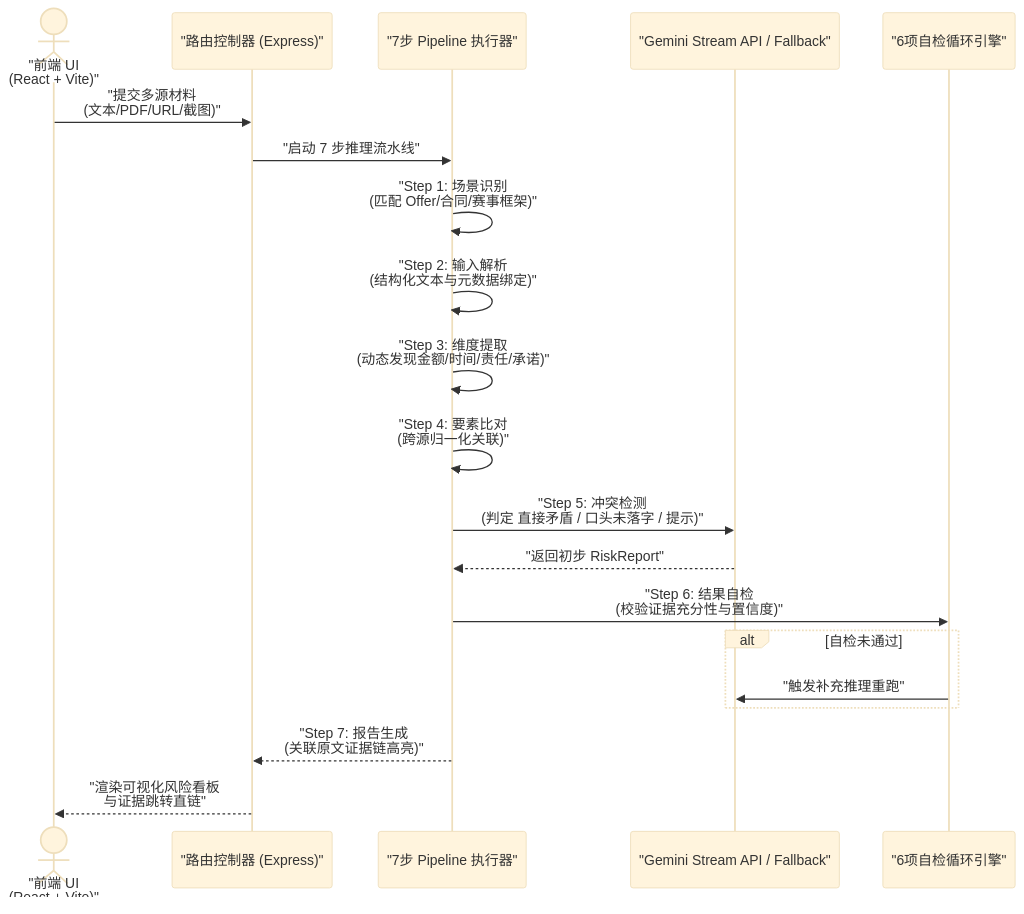
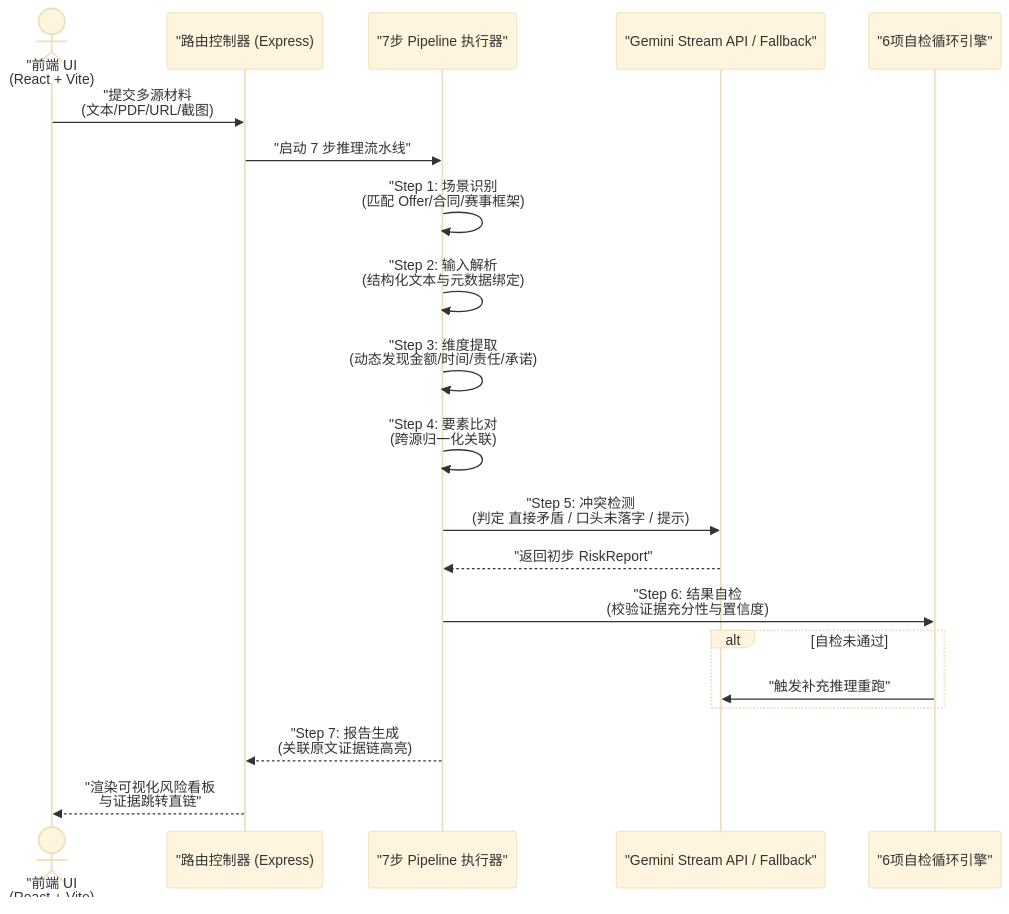
Before and after one commit to MeiSiristhebest/youju: the second of 3 diagrams in README.md, drawn with Mermaid (base theme). The commit also changed 1 other file, not shown here.

Commit message:
docs(readme): optimize zh + en versions; fix Mermaid, badges, TOC, add Security & Contributing chapters (readme-writer SOP)

````diff
--- a/README.md
+++ b/README.md
@@ -73,23 +73,23 @@
 ```mermaid
 sequenceDiagram
-    actor Client as "前端 UI<br/>(React + Vite)"
-    participant Server as "路由控制器 (Express)"
+    actor Client as "前端 UI<br/>(React + Vite)
+    participant Server as "路由控制器 (Express)
     participant Pipeline as "7步 Pipeline 执行器"
     participant Gemini as "Gemini Stream API / Fallback"
     participant Verifier as "6项自检循环引擎"
 
-    Client->>Server: "提交多源材料<br/>(文本/PDF/URL/截图)"
+    Client->>Server: "提交多源材料<br/>(文本/PDF/URL/截图)
     Server->>Pipeline: "启动 7 步推理流水线"
-    Pipeline->>Pipeline: "Step 1: 场景识别<br/>(匹配 Offer/合同/赛事框架)"
-    Pipeline->>Pipeline: "Step 2: 输入解析<br/>(结构化文本与元数据绑定)"
-    Pipeline->>Pipeline: "Step 3: 维度提取<br/>(动态发现金额/时间/责任/承诺)"
-    Pipeline->>Pipeline: "Step 4: 要素比对<br/>(跨源归一化关联)"
-    Pipeline->>Gemini: "Step 5: 冲突检测<br/>(判定 直接矛盾 / 口头未落字 / 提示)"
+    Pipeline->>Pipeline: "Step 1: 场景识别<br/>(匹配 Offer/合同/赛事框架)
+    Pipeline->>Pipeline: "Step 2: 输入解析<br/>(结构化文本与元数据绑定)
+    Pipeline->>Pipeline: "Step 3: 维度提取<br/>(动态发现金额/时间/责任/承诺)
+    Pipeline->>Pipeline: "Step 4: 要素比对<br/>(跨源归一化关联)
+    Pipeline->>Gemini: "Step 5: 冲突检测<br/>(判定 直接矛盾 / 口头未落字 / 提示)
     Gemini-->>Pipeline: "返回初步 RiskReport"
-    Pipeline->>Verifier: "Step 6: 结果自检<br/>(校验证据充分性与置信度)"
+    Pipeline->>Verifier: "Step 6: 结果自检<br/>(校验证据充分性与置信度)
     alt 自检未通过
         Verifier->>Gemini: "触发补充推理重跑"
     end
-    Pipeline-->>Server: "Step 7: 报告生成<br/>(关联原文证据链高亮)"
+    Pipeline-->>Server: "Step 7: 报告生成<br/>(关联原文证据链高亮)
     Server-->>Client: "渲染可视化风险看板<br/>与证据跳转直链"
 ```
````
